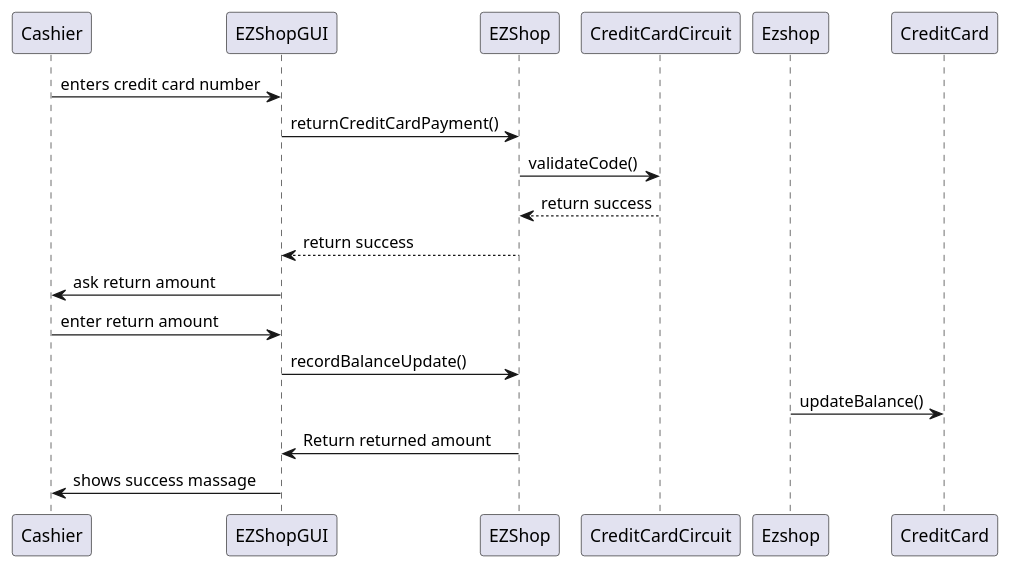
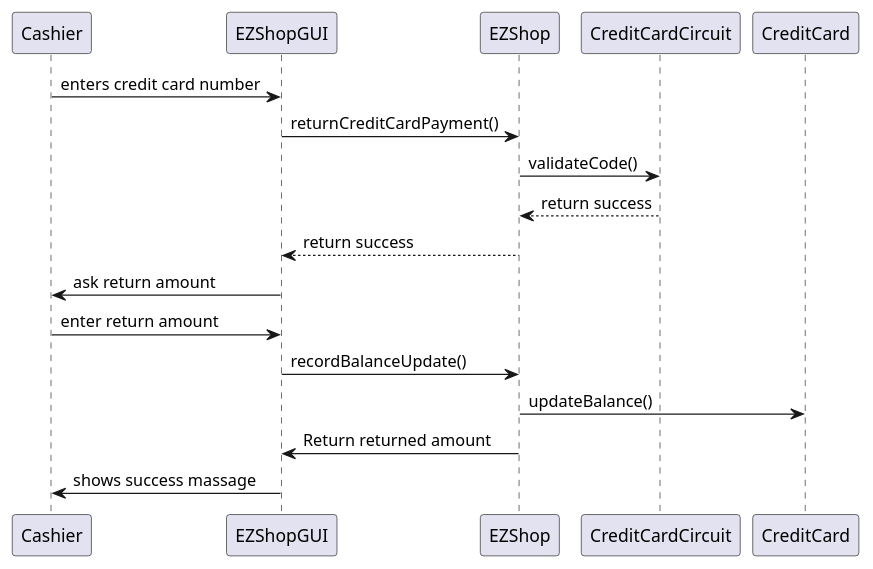
Diagram 13 of 13 in Deliverables/DesignDocument.md (polito-se2-21-r03/se1-ezshop), drawn with PlantUML before and after one commit.

Commit message:
sequence diagram 10.1 updated 2

````diff
--- a/Deliverables/DesignDocument.md
+++ b/Deliverables/DesignDocument.md
@@ -529,15 +529,15 @@
 ```plantuml
 
 Cashier -> EZShopGUI: enters credit card number
 EZShopGUI -> EZShop: returnCreditCardPayment()
 EZShop -> CreditCardCircuit: validateCode()
 CreditCardCircuit --> EZShop: return success
 EZShop --> EZShopGUI: return success
 EZShopGUI -> Cashier: ask return amount
 Cashier -> EZShopGUI: enter return amount
 EZShopGUI -> EZShop: recordBalanceUpdate()
-Ezshop -> CreditCard: updateBalance()
+EZShop -> CreditCard: updateBalance()
 EZShop -> EZShopGUI: Return returned amount
 EZShopGUI -> Cashier: shows success massage
 
 ```
````
